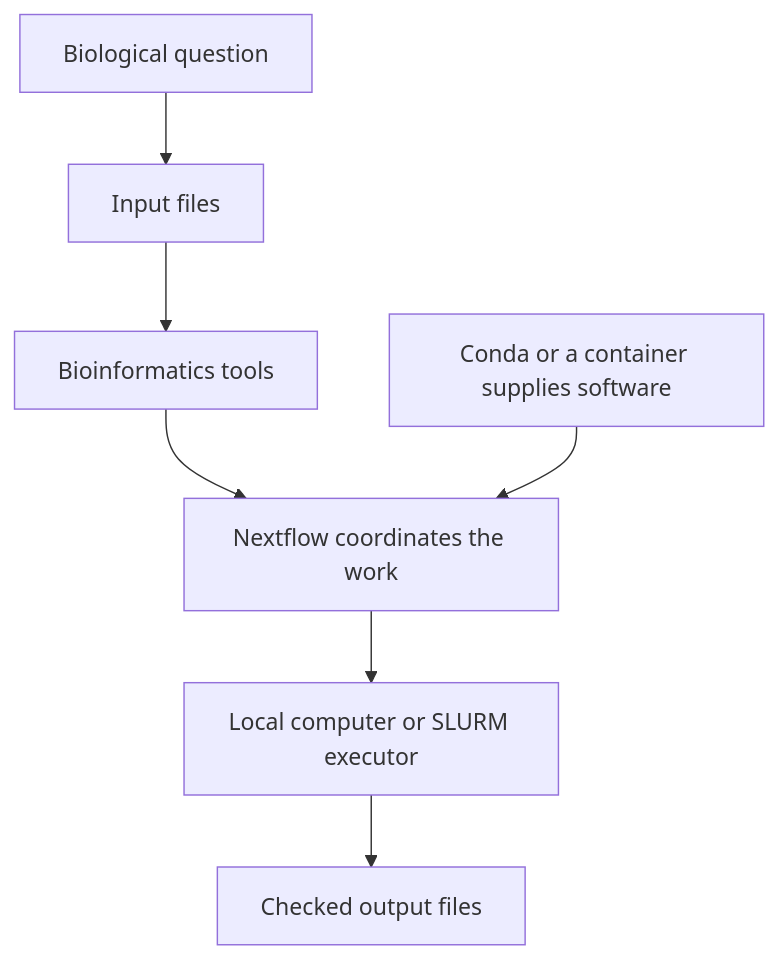
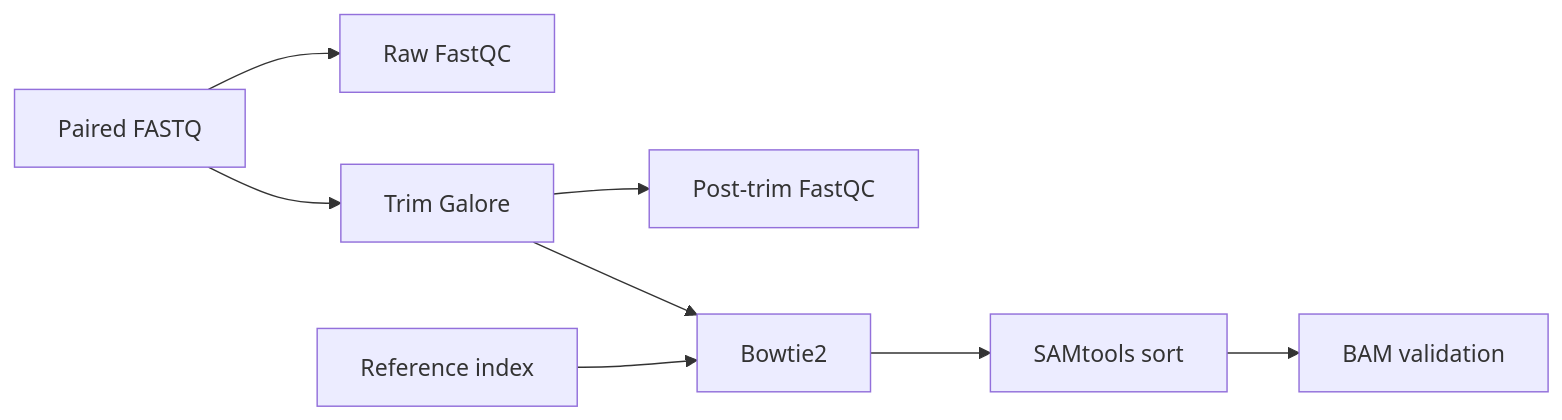
One commit to cjgunase/nextflow-for-biologists changed the first of 2 diagrams in chapters/01-the-whole-shebang.qmd. Above: the diagram before and after it, drawn with Mermaid. The commit also changed other lines of this file and 1 other file, not shown here.

````diff
--- a/chapters/01-the-whole-shebang.qmd
+++ b/chapters/01-the-whole-shebang.qmd
@@ -22,9 +73,11 @@
 ```{mermaid}
-flowchart TB
-    Q["Biological question"] --> I["Input files"]
-    I --> T["Bioinformatics tools"]
-    T --> W["Nextflow coordinates the work"]
-    C["Conda or a container supplies software"] --> W
-    W --> X["Local computer or SLURM executor"]
-    X --> O["Checked output files"]
+%%| fig-cap: "The analytical path used throughout the book. Trimming creates two branches: post-trim quality control and alignment."
+flowchart LR
+    R["Paired FASTQ"] --> Q1["Raw FastQC"]
+    R --> T["Trim Galore"]
+    T --> Q2["Post-trim FastQC"]
+    T --> A["Bowtie2"]
+    X["Reference index"] --> A
+    A --> S["SAMtools sort"]
+    S --> V["BAM validation"]
 ```
````
